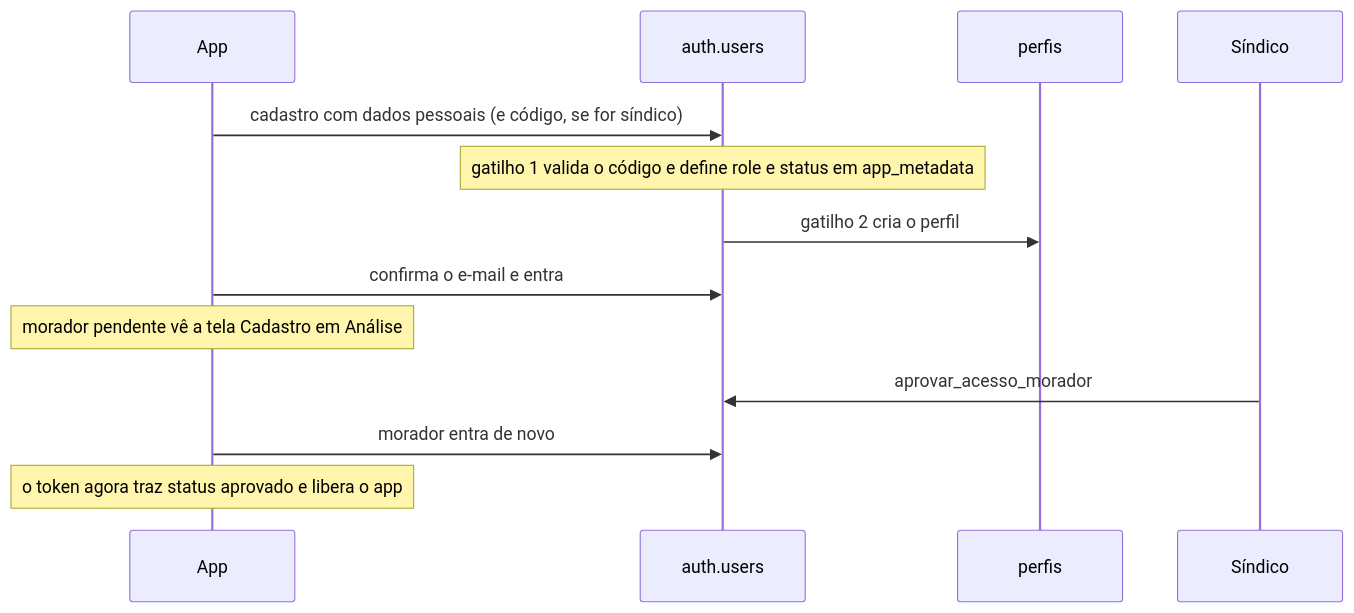
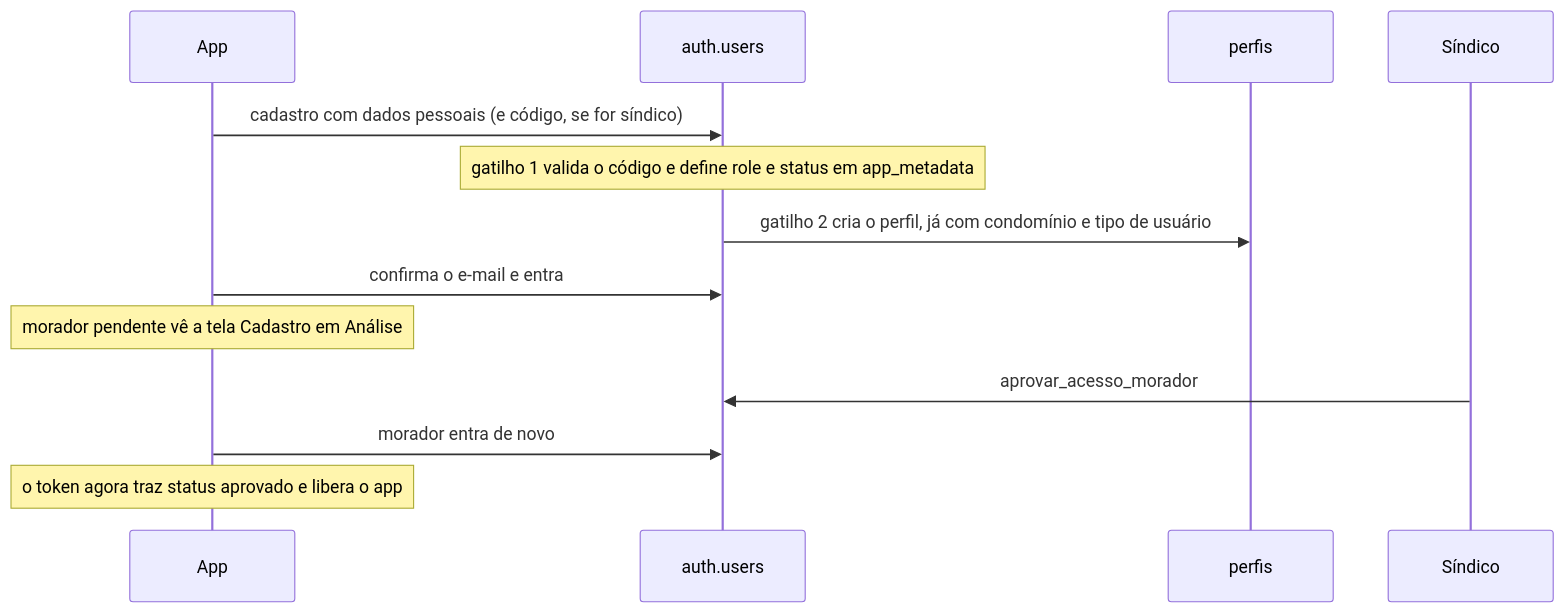
Before and after one commit to cond-owl/cond-owl: the third of 3 diagrams in supabase/docs/mapa-das-tabelas.md, drawn with Mermaid. The commit also changed other lines of this file and 10 other files, not shown here.

````diff
--- a/supabase/docs/mapa-das-tabelas.md
+++ b/supabase/docs/mapa-das-tabelas.md
@@ -100,15 +103,15 @@
 ```mermaid
 sequenceDiagram
     participant A as App
     participant U as auth.users
     participant P as perfis
     participant S as Síndico
     A->>U: cadastro com dados pessoais (e código, se for síndico)
     Note over U: gatilho 1 valida o código e define role e status em app_metadata
-    U->>P: gatilho 2 cria o perfil
+    U->>P: gatilho 2 cria o perfil, já com condomínio e tipo de usuário
     A->>U: confirma o e-mail e entra
     Note over A: morador pendente vê a tela Cadastro em Análise
     S->>U: aprovar_acesso_morador
     A->>U: morador entra de novo
     Note over A: o token agora traz status aprovado e libera o app
 ```
````
